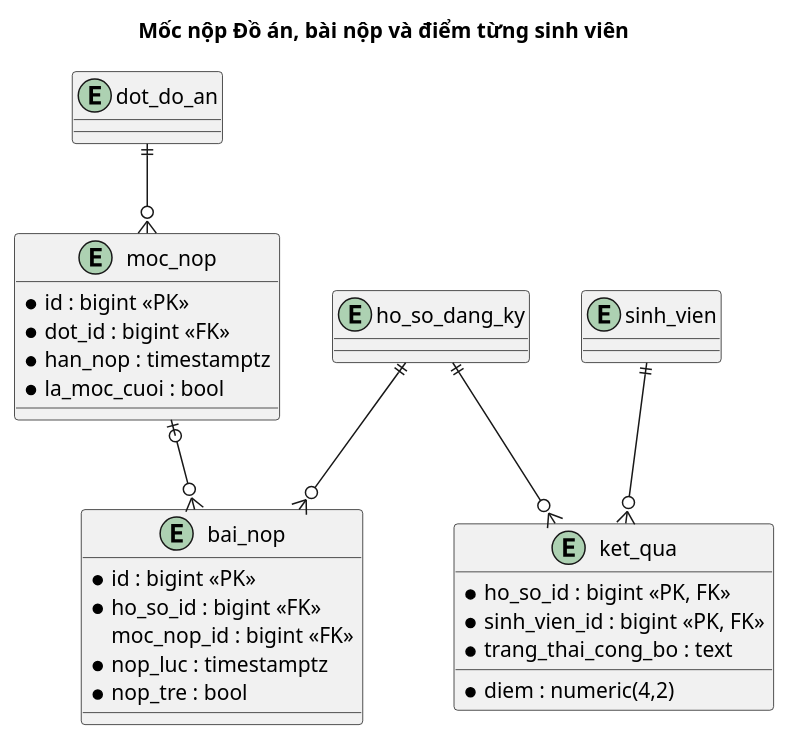
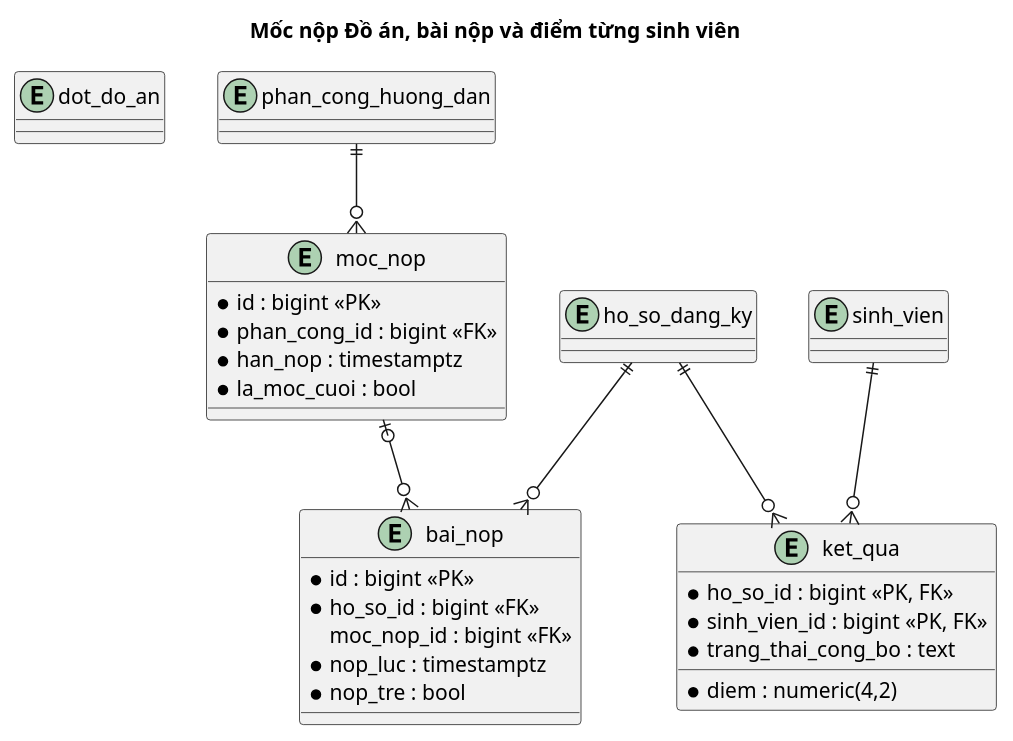
Before and after one commit to lam-vu6868/HTQL_TieuLuan_DoAN: the third of 3 diagrams in 04-thiet-ke-co-so-du-lieu.md, drawn with PlantUML. The commit also changed other lines of this file and 5 other files, not shown here.

````diff
--- a/04-thiet-ke-co-so-du-lieu.md
+++ b/04-thiet-ke-co-so-du-lieu.md
@@ -133,32 +133,33 @@
 ```plantuml
 @startuml
 title Mốc nộp Đồ án, bài nộp và điểm từng sinh viên
 entity dot_do_an
+entity phan_cong_huong_dan
 entity sinh_vien
 entity ho_so_dang_ky
 entity moc_nop {
   * id : bigint <<PK>>
-  * dot_id : bigint <<FK>>
+  * phan_cong_id : bigint <<FK>>
   * han_nop : timestamptz
   * la_moc_cuoi : bool
 }
 entity bai_nop {
   * id : bigint <<PK>>
   * ho_so_id : bigint <<FK>>
   moc_nop_id : bigint <<FK>>
   * nop_luc : timestamptz
   * nop_tre : bool
 }
 entity ket_qua {
   * ho_so_id : bigint <<PK, FK>>
   * sinh_vien_id : bigint <<PK, FK>>
   * diem : numeric(4,2)
   * trang_thai_cong_bo : text
 }
-dot_do_an ||--o{ moc_nop
+phan_cong_huong_dan ||--o{ moc_nop
 ho_so_dang_ky ||--o{ bai_nop
 moc_nop |o--o{ bai_nop
 ho_so_dang_ky ||--o{ ket_qua
 sinh_vien ||--o{ ket_qua
 @enduml
 ```
````
